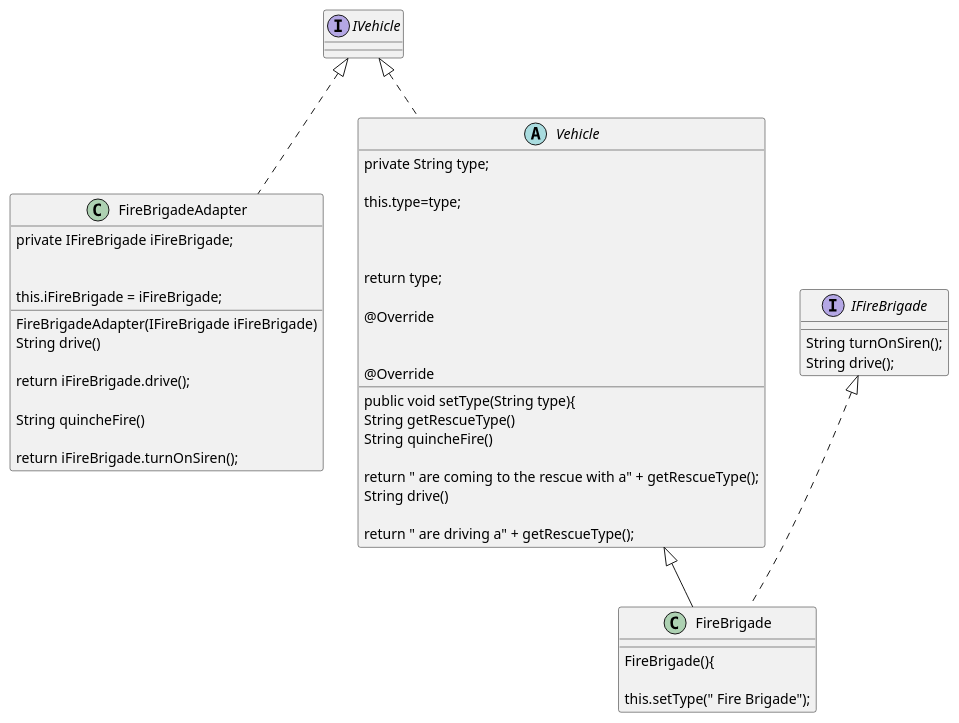
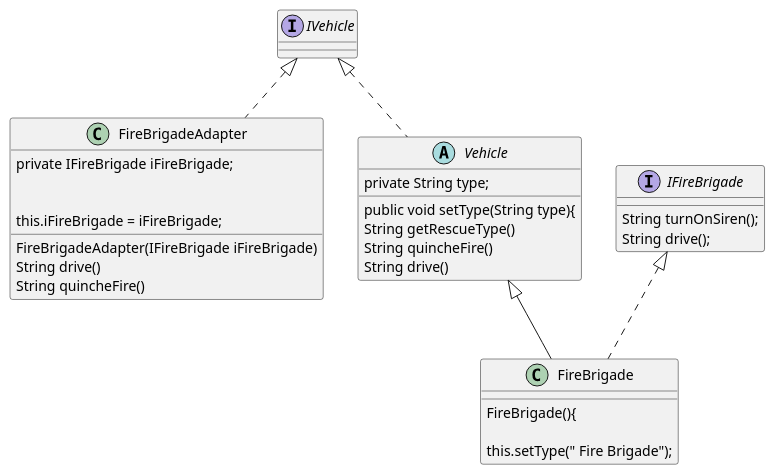
One commit to DeclanBU/Design_Patterns_Project changed the diagram in plantUmlDiagrams/Adapter.puml. Above: the diagram before and after it, drawn with PlantUML. The commit also changed 13 other files, not shown here.

Commit message:
Added uml Template Decorator Factory State diagrams

```diff
--- a/plantUmlDiagrams/Adapter.puml
+++ b/plantUmlDiagrams/Adapter.puml
@@ -1,64 +1,58 @@
 @startuml
 
 
 
 
   class FireBrigadeAdapter implements IVehicle {
      private IFireBrigade iFireBrigade;
 
      FireBrigadeAdapter(IFireBrigade iFireBrigade)
 
          this.iFireBrigade = iFireBrigade;
 
     String drive()
 
-         return iFireBrigade.drive();
 
     String quincheFire()
 
-         return iFireBrigade.turnOnSiren();
      }
       interface IFireBrigade {
     String turnOnSiren();
     String drive();
 }
  class FireBrigade extends Vehicle implements IFireBrigade {
 
 
      FireBrigade(){
 
         this.setType(" Fire Brigade");
 
     }
 
 
  abstract class Vehicle implements IVehicle{
 
     private String type;
 
     public void setType(String type){
-        this.type=type;
 
 
       String getRescueType()
 
-        return type;
 
-    @Override
      String quincheFire()
 
-      return " are coming to the rescue with a" + getRescueType();
 
-    @Override
+
      String drive()
 
-        return " are driving a" + getRescueType();
+
 
 }
 
 
 
 
 
 
 @enduml
```
